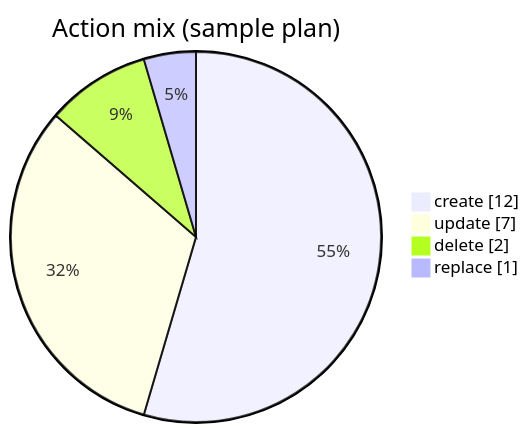
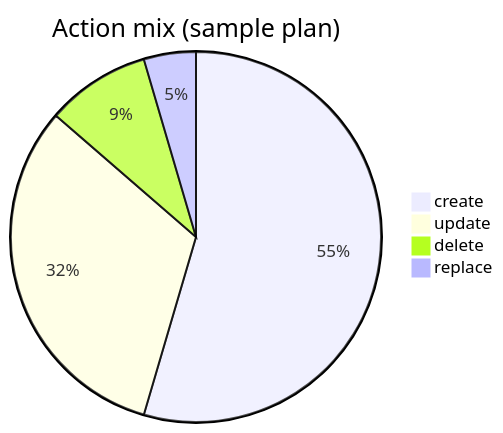
The diagram in README.md (Jinssi/tfreport), drawn with Mermaid before and after one commit. The commit also changed other lines of this file and 11 other files, not shown here.

Commit message:
README: drop unpublished PyPI badge, fix mermaid pie, surface LLM/credentials section; scrub em-dashes across docs and source

````diff
--- a/README.md
+++ b/README.md
@@ -15,8 +14,7 @@
 ```mermaid
-pie showData
-    title Action mix (sample plan)
+pie title Action mix (sample plan)
     "create" : 12
     "update" : 7
     "delete" : 2
     "replace" : 1
 ```
````
